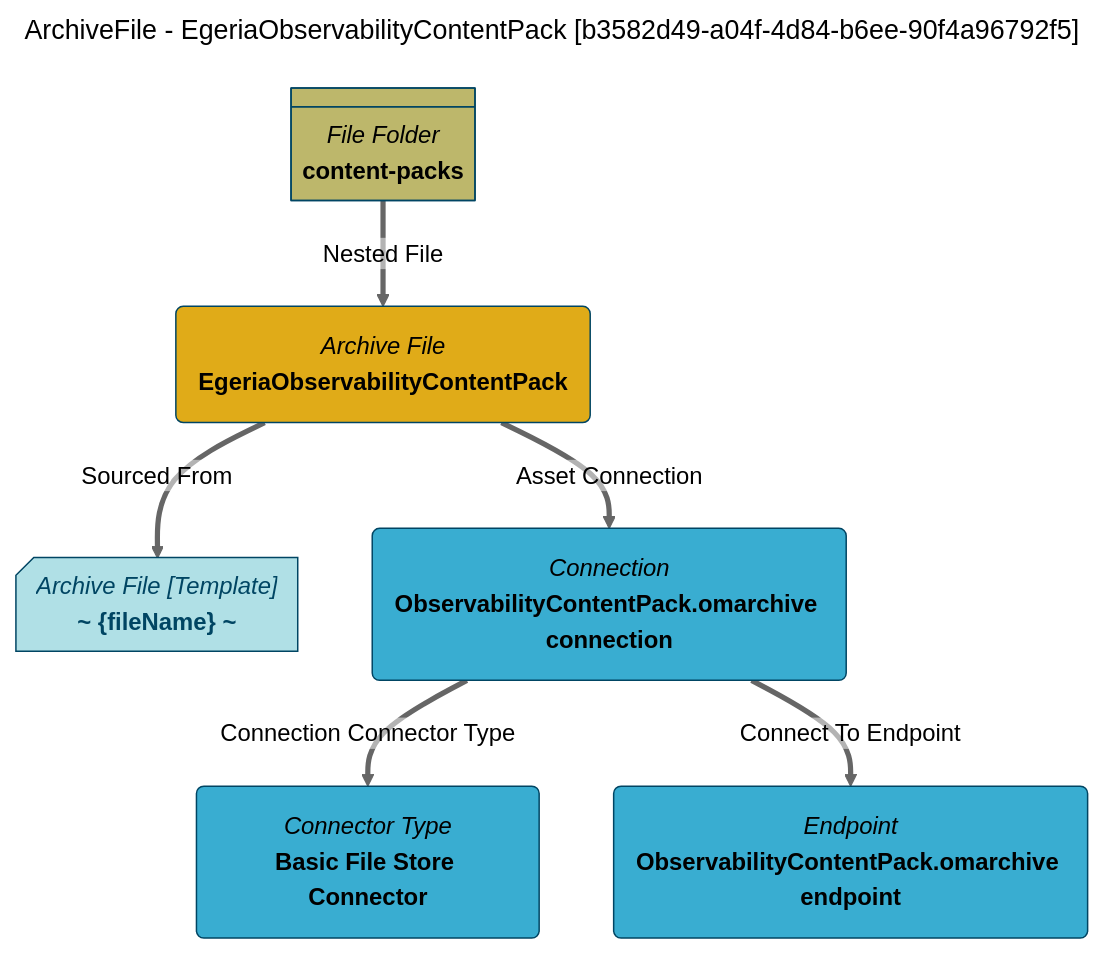
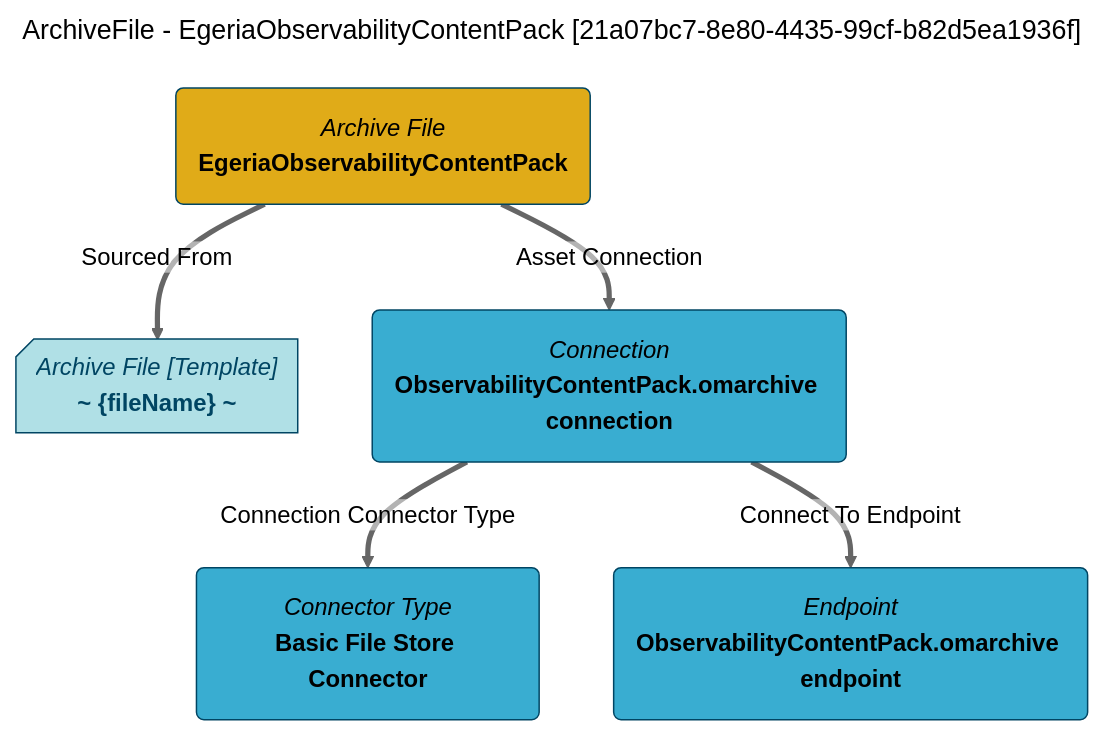
One commit to odpi/egeria-docs changed the diagram in site/snippets/data-assets/egeriaobservabilitycontentpack-mermaid-graph.md. Above: the diagram before and after it, drawn with Mermaid (neutral theme). The commit also changed 2201 other files, not shown here.

````diff
--- a/site/snippets/data-assets/egeriaobservabilitycontentpack-mermaid-graph.md
+++ b/site/snippets/data-assets/egeriaobservabilitycontentpack-mermaid-graph.md
@@ -1,31 +1,27 @@
 ```mermaid
 ---
-title: ArchiveFile - EgeriaObservabilityContentPack [b3582d49-a04f-4d84-b6ee-90f4a96792f5]
+title: ArchiveFile - EgeriaObservabilityContentPack [21a07bc7-8e80-4435-99cf-b82d5ea1936f]
 ---
 flowchart TD
 %%{init: {"flowchart": {"htmlLabels": false}} }%%
 
 1@{ shape: rounded, label: "*Archive File*
 **EgeriaObservabilityContentPack**"}
 2@{ shape: card, label: "*Archive File [Template]*
 **~ {fileName} ~**"}
 1==>|"Sourced From"|2
 3@{ shape: rounded, label: "*Connection*
 **ObservabilityContentPack.omarchive connection**"}
 1==>|"Asset Connection"|3
 4@{ shape: rounded, label: "*Connector Type*
 **Basic File Store Connector**"}
 3==>|"Connection Connector Type"|4
 5@{ shape: rounded, label: "*Endpoint*
 **ObservabilityContentPack.omarchive endpoint**"}
 3==>|"Connect To Endpoint"|5
-6@{ shape: div-rect, label: "*File Folder*
-**content-packs**"}
-6==>|"Nested File"|1
 style 1 color:#000000, fill:#e0ab18, stroke:#004563
 style 2 color:#004563, fill:#b0e0e6, stroke:#004563
 style 3 color:#000000, fill:#39add1, stroke:#004563
 style 4 color:#000000, fill:#39add1, stroke:#004563
 style 5 color:#000000, fill:#39add1, stroke:#004563
-style 6 color:#000000, fill:#bdb76b, stroke:#004563
 ```
````
